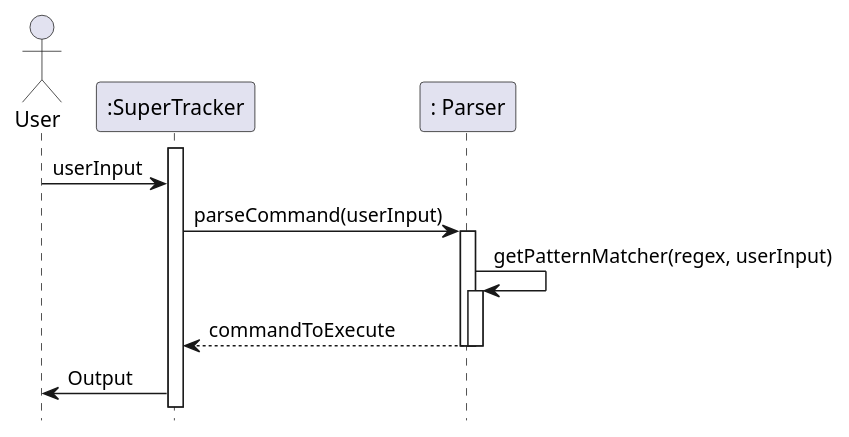
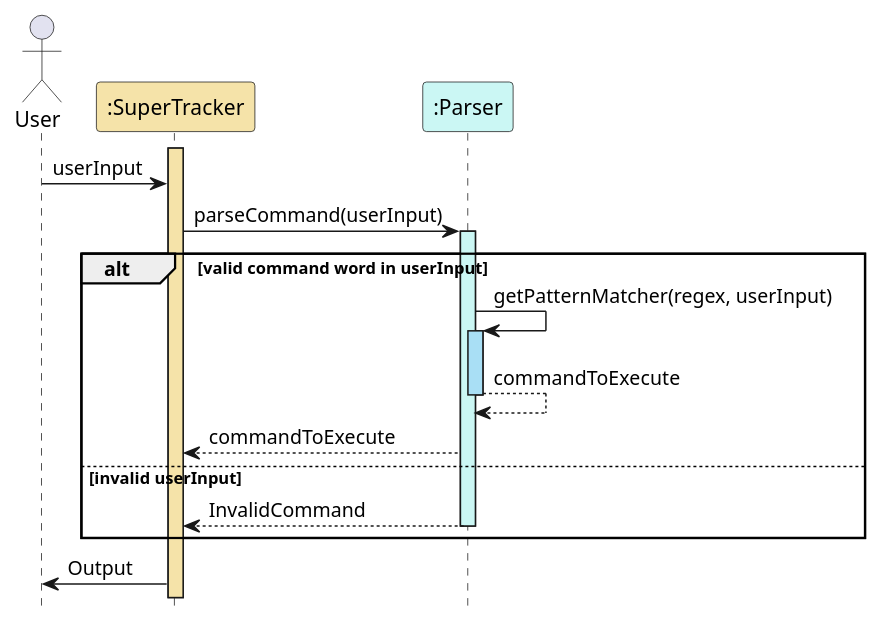
The second of 2 diagrams in docs/uml-diagrams/Parser.puml (nus-cs2113-AY2324S2/tp), drawn with PlantUML before and after one commit. The commit also changed other lines of this file and 3 other files, not shown here.

```diff
--- a/docs/uml-diagrams/Parser.puml
+++ b/docs/uml-diagrams/Parser.puml
@@ -30,18 +33,25 @@
 @startuml
 hide footbox
-actor User
-participant ":SuperTracker" as SuperTracker
-participant ": Parser" as Parser
+actor User as User
+participant ":SuperTracker" as SuperTracker #f5e3a9
+participant ":Parser" as Parser #cbf7f4
 
-activate SuperTracker
+activate SuperTracker #f5e3a9
 User -> SuperTracker : userInput
-SuperTracker -> Parser: parseCommand(userInput)
-activate Parser
-Parser -> Parser : getPatternMatcher(regex, userInput)
-activate Parser
-Parser --> SuperTracker : commandToExecute
-deactivate Parser
-deactivate Parser
+SuperTracker -> Parser : parseCommand(userInput)
+activate Parser #cbf7f4
+
+alt valid command word in userInput
+    Parser -> Parser : getPatternMatcher(regex, userInput)
+    activate Parser #a9dff5
+    Parser --> Parser : commandToExecute
+    deactivate Parser
+    Parser --> SuperTracker : commandToExecute
+else invalid userInput
+    Parser --> SuperTracker : InvalidCommand
+    deactivate Parser
+end
+
 SuperTracker -> User : Output
 
 @enduml
```
